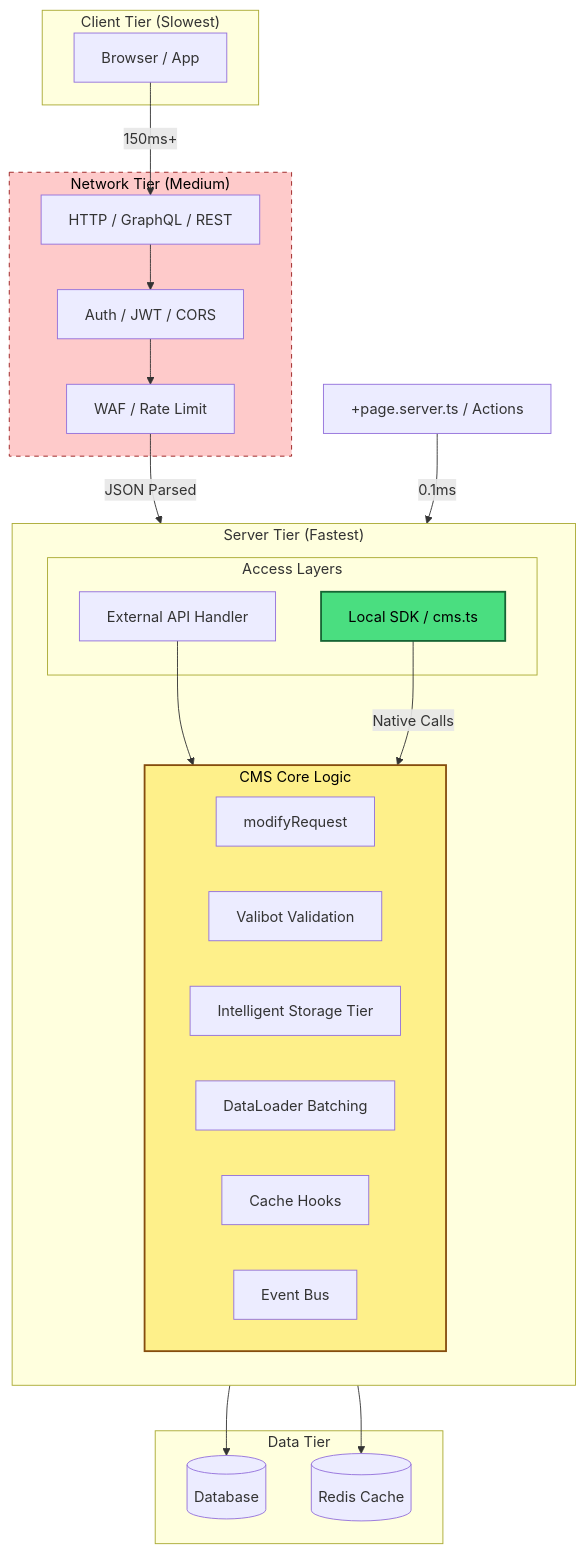
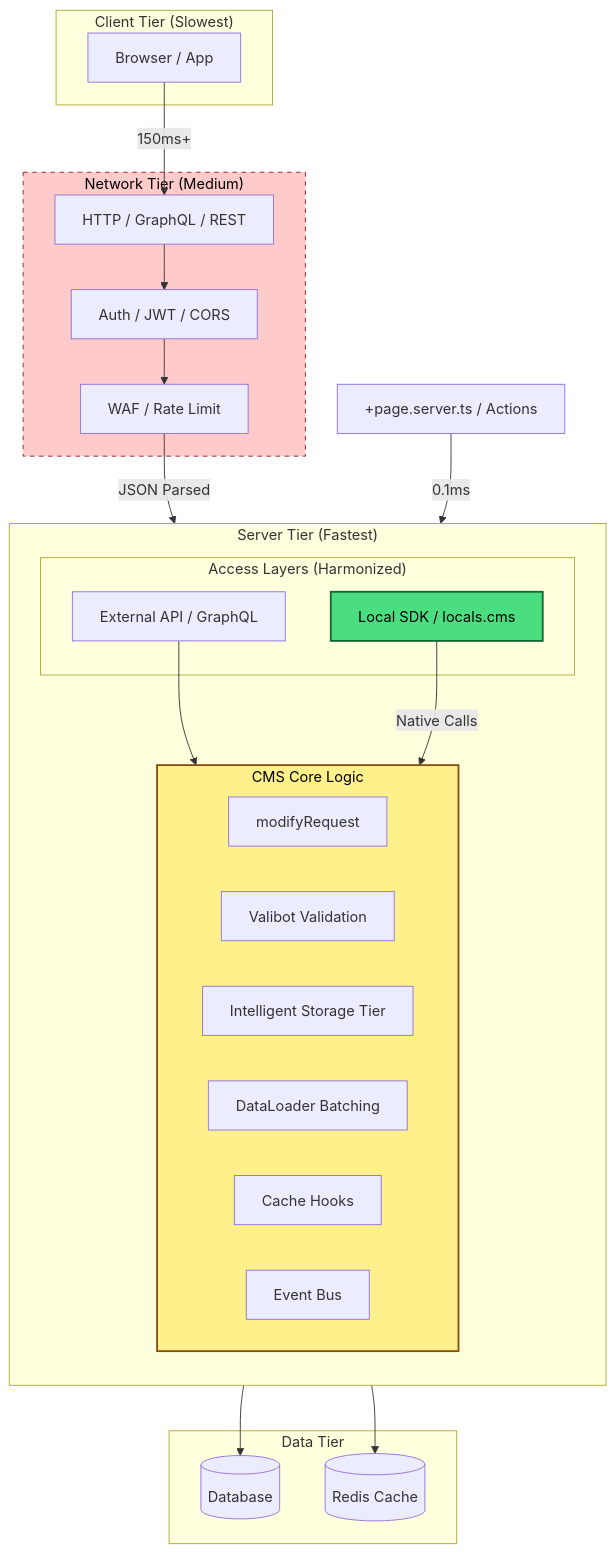
Before and after one commit to SveltyCMS/SveltyCMS: the diagram in docs/api/local-vs-http-api.mdx, drawn with Mermaid. The commit also changed other lines of this file and 136 other files, not shown here.

````diff
--- a/docs/api/local-vs-http-api.mdx
+++ b/docs/api/local-vs-http-api.mdx
@@ -27,53 +27,53 @@
 ```mermaid
 graph TB
     subgraph Client["Client Tier (Slowest)"]
         CB[Browser / App]
     end
 
     subgraph Network["Network Tier (Medium)"]
         HTTP[HTTP / GraphQL / REST]
         Auth[Auth / JWT / CORS]
         Firewall[WAF / Rate Limit]
     end
 
     subgraph Server["Server Tier (Fastest)"]
         direction TB
         subgraph Logic["CMS Core Logic"]
             MC[modifyRequest]
             VB[Valibot Validation]
             IS[Intelligent Storage Tier]
             DL[DataLoader Batching]
             CH[Cache Hooks]
             EB[Event Bus]
         end
 
-        subgraph API["Access Layers"]
-            EX[External API Handler]
-            SDK[Local SDK / cms.ts]
+        subgraph API["Access Layers (Harmonized)"]
+            EX[External API / GraphQL]
+            SDK[Local SDK / locals.cms]
         end
     end
 
     subgraph Data["Data Tier"]
         DB[(Database)]
         RD[(Redis Cache)]
     end
 
     %% External Flow
     CB -->|150ms+| HTTP
     HTTP --> Auth
     Auth --> Firewall
     Firewall -->|JSON Parsed| EX
     EX --> Logic
 
     %% Internal Flow
     Server_Load[+page.server.ts / Actions] -->|0.1ms| SDK
     SDK -->|Native Calls| Logic
 
     %% Core to Data
     Logic --> DB
     Logic --> RD
 
     style SDK fill:#4ade80,stroke:#166534,stroke-width:2px,color:#000
     style Logic fill:#fef08a,stroke:#854d0e,stroke-width:2px,color:#000
     style Network fill:#fecaca,stroke:#991b1b,stroke-dasharray: 5 5,color:#000
 ```
````
